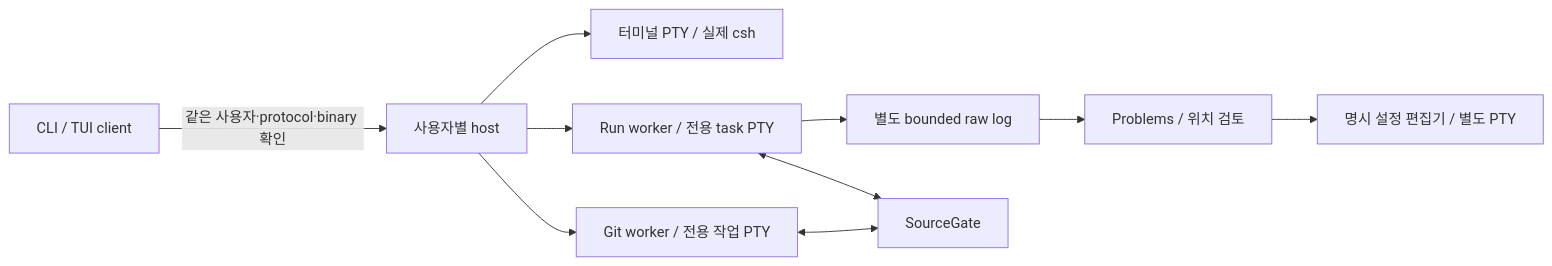
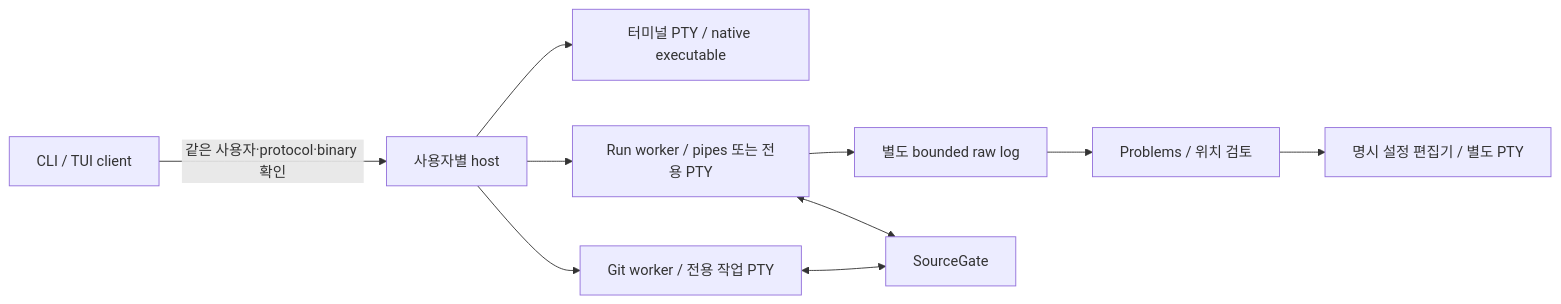
One commit to jihoon22-lee/idk changed the diagram in docs/ARCHITECTURE.md. Above: the diagram before and after it, drawn with Mermaid. The commit also changed other lines of this file and 62 other files, not shown here.

````diff
--- a/docs/ARCHITECTURE.md
+++ b/docs/ARCHITECTURE.md
@@ -9,12 +9,12 @@
 ```mermaid
 flowchart LR
     UI[CLI / TUI client] -->|같은 사용자·protocol·binary 확인| Host[사용자별 host]
-    Host --> Terminal[터미널 PTY / 실제 csh]
+    Host --> Terminal[터미널 PTY / native executable]
     Host --> Git[Git worker / 전용 작업 PTY]
-    Host --> Run[Run worker / 전용 task PTY]
+    Host --> Run[Run worker / pipes 또는 전용 PTY]
     Run --> Log[별도 bounded raw log]
     Log --> Problem[Problems / 위치 검토]
     Problem --> Editor[명시 설정 편집기 / 별도 PTY]
     Git <--> Gate[SourceGate]
     Run <--> Gate
 ```
````
